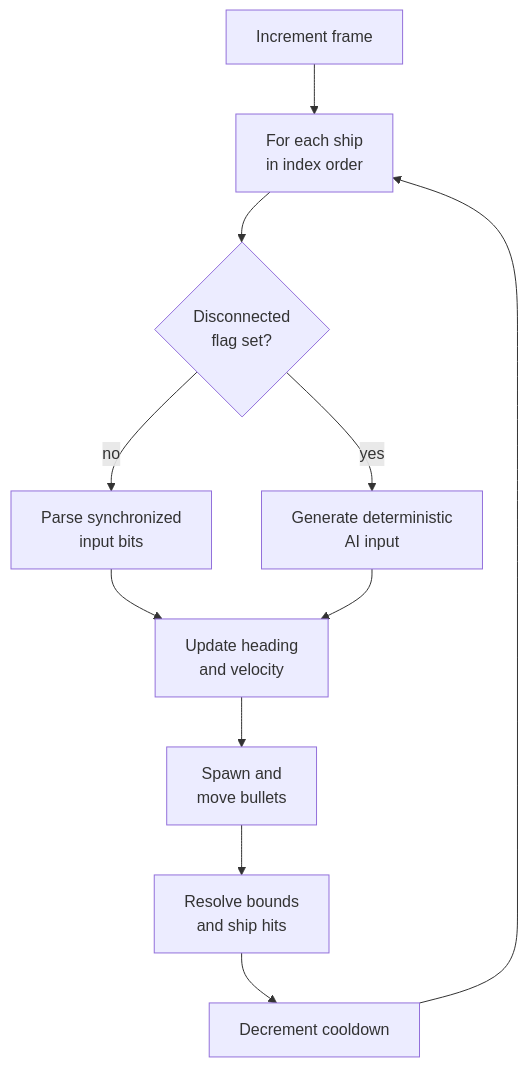
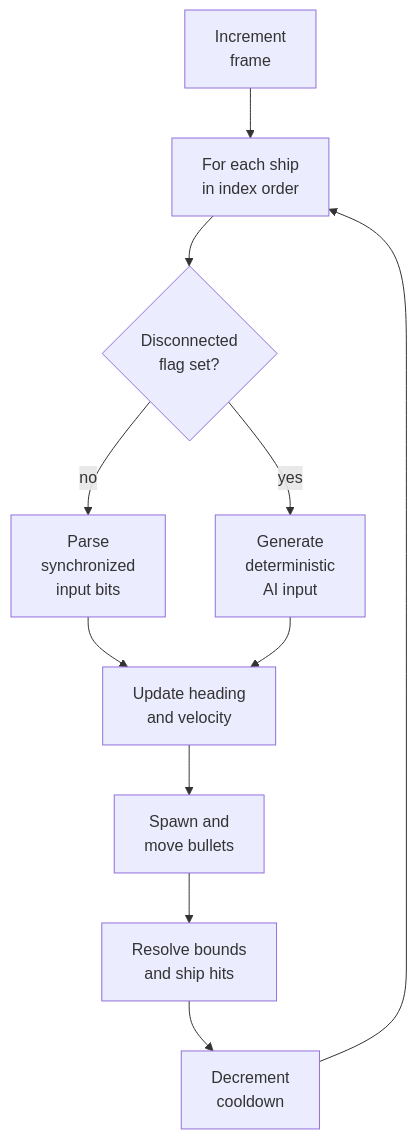
One commit to irregularthanis/ggpo-next changed the sixth of 7 diagrams in doc/architecture/VectorWar.md. Above: the diagram before and after it, drawn with Mermaid. The commit also changed other lines of this file and 8 other files, not shown here.

Commit message:
docs: tighten all architecture diagram wrapping

````diff
--- a/doc/architecture/VectorWar.md
+++ b/doc/architecture/VectorWar.md
@@ -265,17 +265,17 @@
 ```mermaid
 flowchart TD
-    Frame["Increment frame"]
+    Frame["Increment<br/>frame"]
     Ship["For each ship<br/>in index order"]
     Connected{"Disconnected<br/>flag set?"}
-    Input["Parse synchronized<br/>input bits"]
-    AI["Generate deterministic<br/>AI input"]
+    Input["Parse<br/>synchronized<br/>input bits"]
+    AI["Generate<br/>deterministic<br/>AI input"]
     Move["Update heading<br/>and velocity"]
     Bullets["Spawn and<br/>move bullets"]
     Collide["Resolve bounds<br/>and ship hits"]
-    Cooldown["Decrement cooldown"]
+    Cooldown["Decrement<br/>cooldown"]
 
     Frame --> Ship --> Connected
     Connected -->|"no"| Input --> Move
     Connected -->|"yes"| AI --> Move
     Move --> Bullets --> Collide --> Cooldown --> Ship
 ```
````
